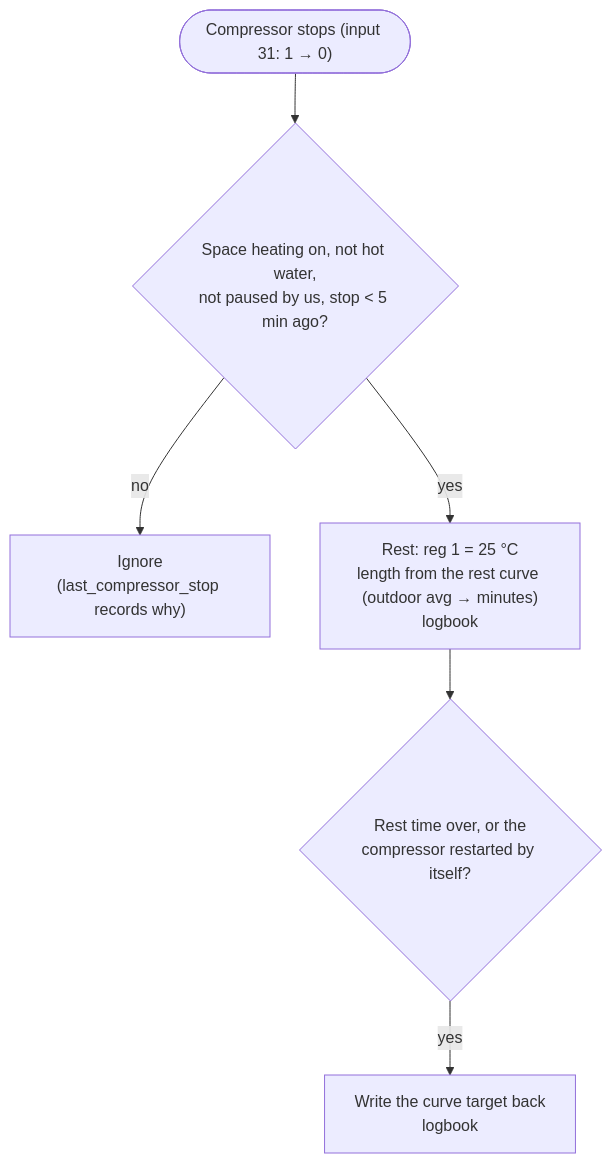
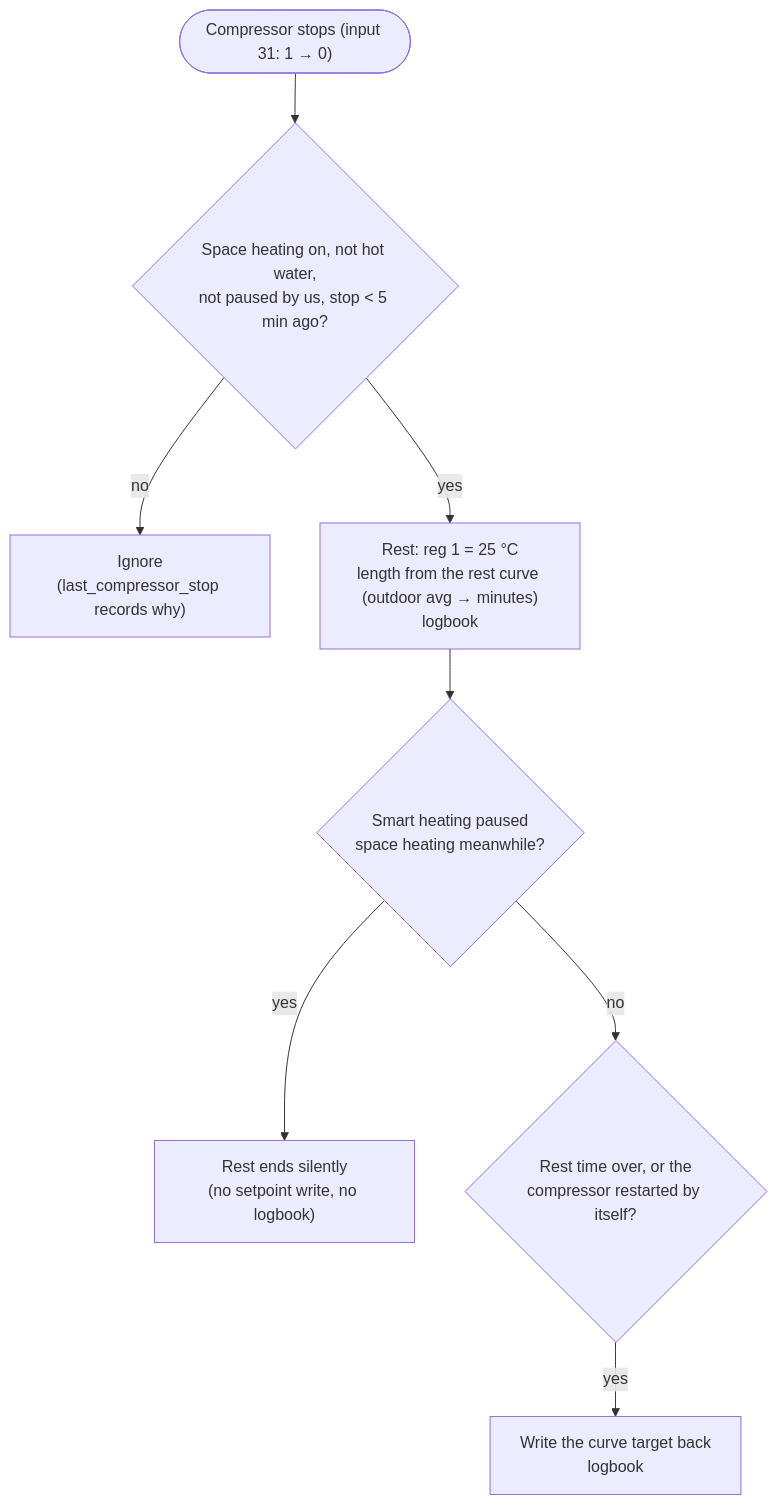
Before and after one commit to cocooma/daikin_dcom: the fourth of 4 diagrams in docs/smart-heating-logic.md, drawn with Mermaid. The commit also changed other lines of this file and 3 other files, not shown here.

First line of the commit message:
No setpoint activity while smart heating has heating paused

````diff
--- a/docs/smart-heating-logic.md
+++ b/docs/smart-heating-logic.md
@@ -82,8 +82,10 @@
 ```mermaid
 flowchart TD
     c0(["Compressor stops (input 31: 1 → 0)"]) --> c1{"Space heating on, not hot water,<br/>not paused by us, stop &lt; 5 min ago?"}
     c1 -- no --> ign["Ignore<br/>(last_compressor_stop records why)"]
     c1 -- yes --> c2["Rest: reg 1 = 25 °C<br/>length from the rest curve (outdoor avg → minutes)<br/>logbook"]
-    c2 --> c3{"Rest time over, or the<br/>compressor restarted by itself?"}
+    c2 --> cp{"Smart heating paused<br/>space heating meanwhile?"}
+    cp -- yes --> cq["Rest ends silently<br/>(no setpoint write, no logbook)"]
+    cp -- no --> c3{"Rest time over, or the<br/>compressor restarted by itself?"}
     c3 -- yes --> c4["Write the curve target back<br/>logbook"]
 ```
````
